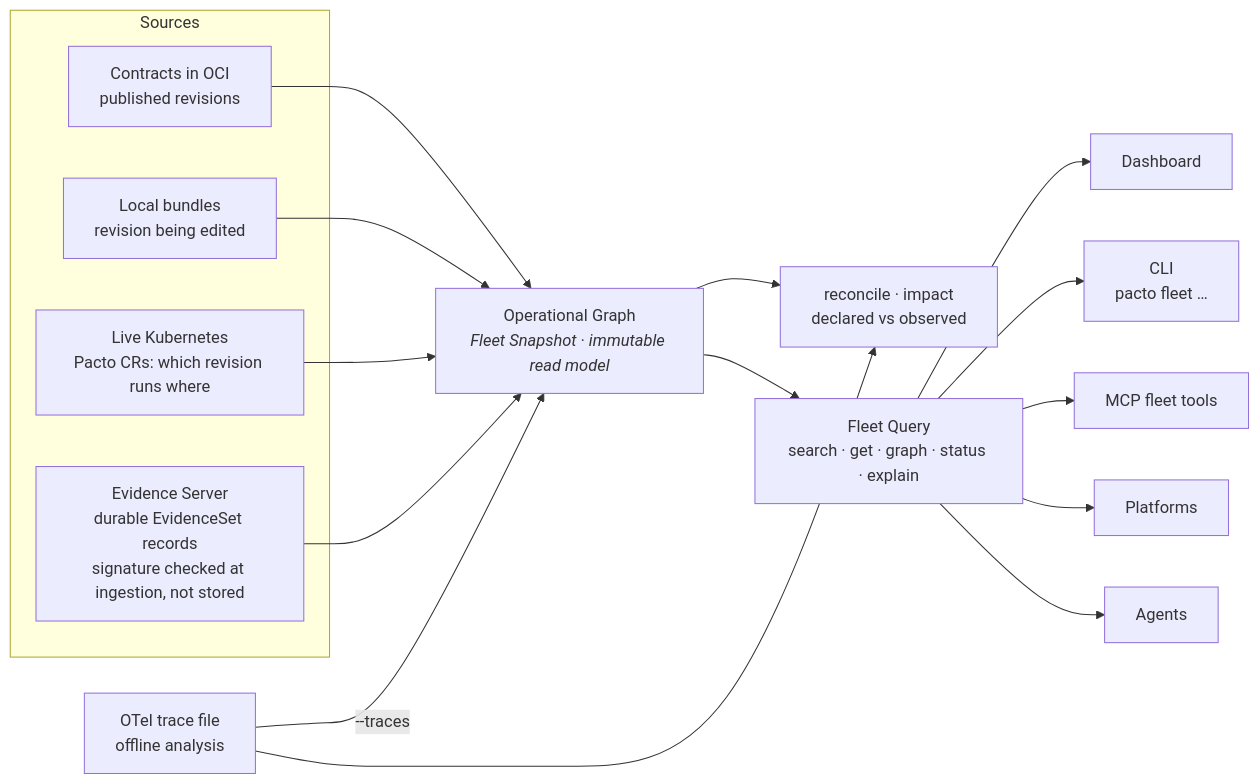
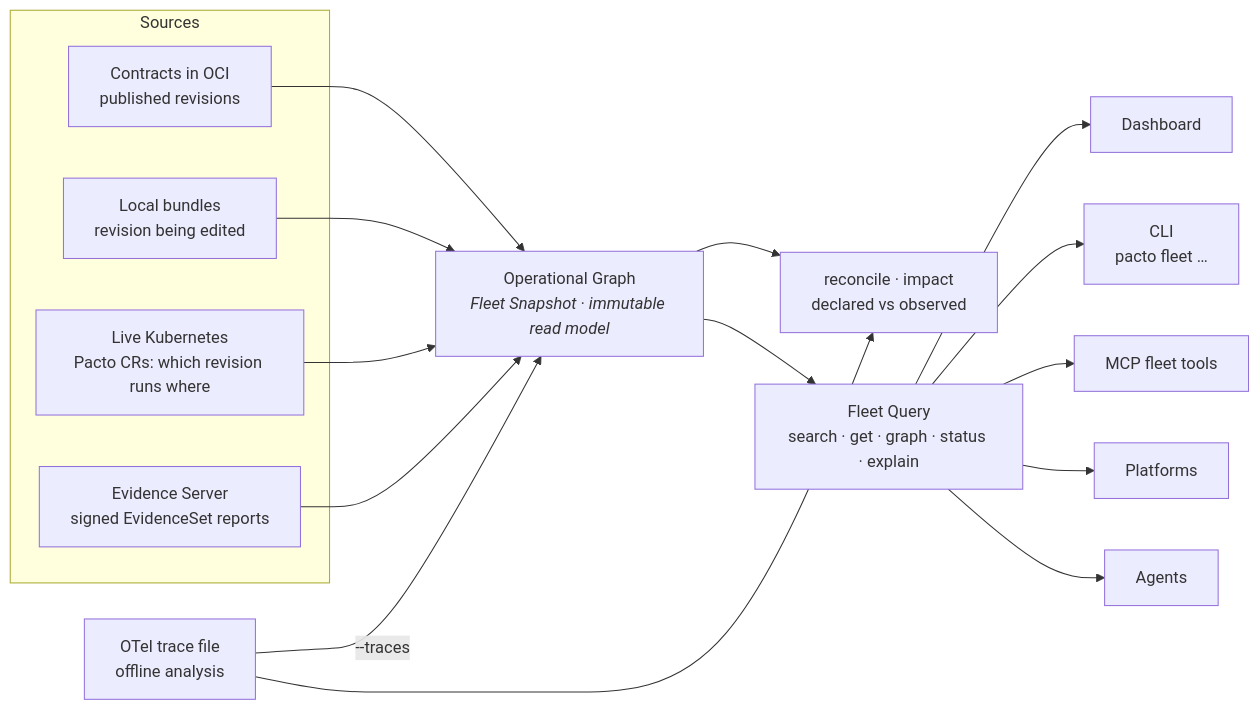
Before and after one commit to TrianaLab/pacto: the first of 2 diagrams in docs/operational-graph.md, drawn with Mermaid. The commit also changed other lines of this file and 111 other files, not shown here.

````diff
--- a/docs/operational-graph.md
+++ b/docs/operational-graph.md
@@ -83,24 +283,24 @@
 ```mermaid
 flowchart LR
     subgraph Sources["Sources"]
         OCI["Contracts in OCI<br/>published revisions"]
         LOCAL["Local bundles<br/>revision being edited"]
         K8S["Live Kubernetes<br/>Pacto CRs: which revision runs where"]
-        EVI["Evidence Server<br/>durable EvidenceSet records<br/>signature checked at ingestion, not stored"]
+        EVI["Evidence Server<br/>signed EvidenceSet reports"]
     end
     OTEL["OTel trace file<br/>offline analysis"]
     OCI --> OG
     LOCAL --> OG
     K8S --> OG
     EVI --> OG
     OTEL -->|--traces| OG
     OG["Operational Graph<br/><i>Fleet Snapshot · immutable read model</i>"]
     OTEL --> RECON["reconcile · impact<br/>declared vs observed"]
     OG --> RECON
     OG --> Q["Fleet Query<br/>search · get · graph · status · explain"]
     Q --> DASH["Dashboard"]
     Q --> CLI["CLI<br/>pacto fleet …"]
     Q --> MCP["MCP fleet tools"]
     Q --> PLAT["Platforms"]
     Q --> AGENT["Agents"]
 ```
````
